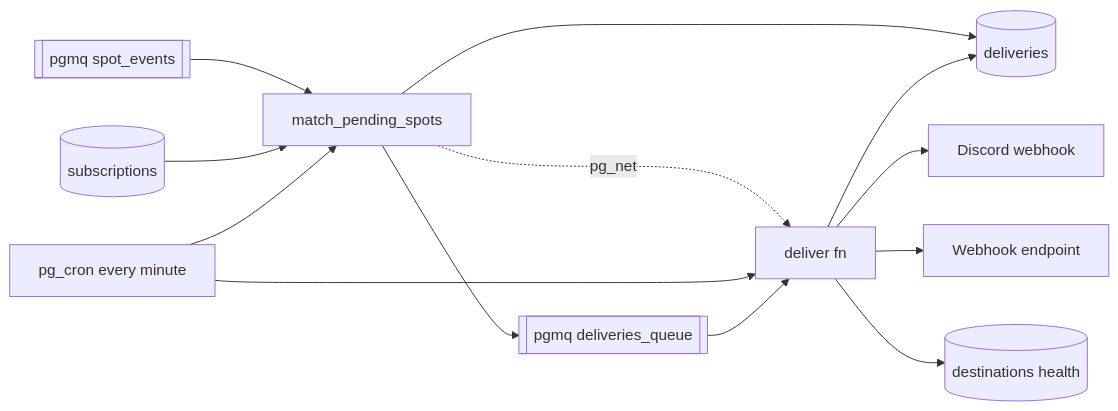
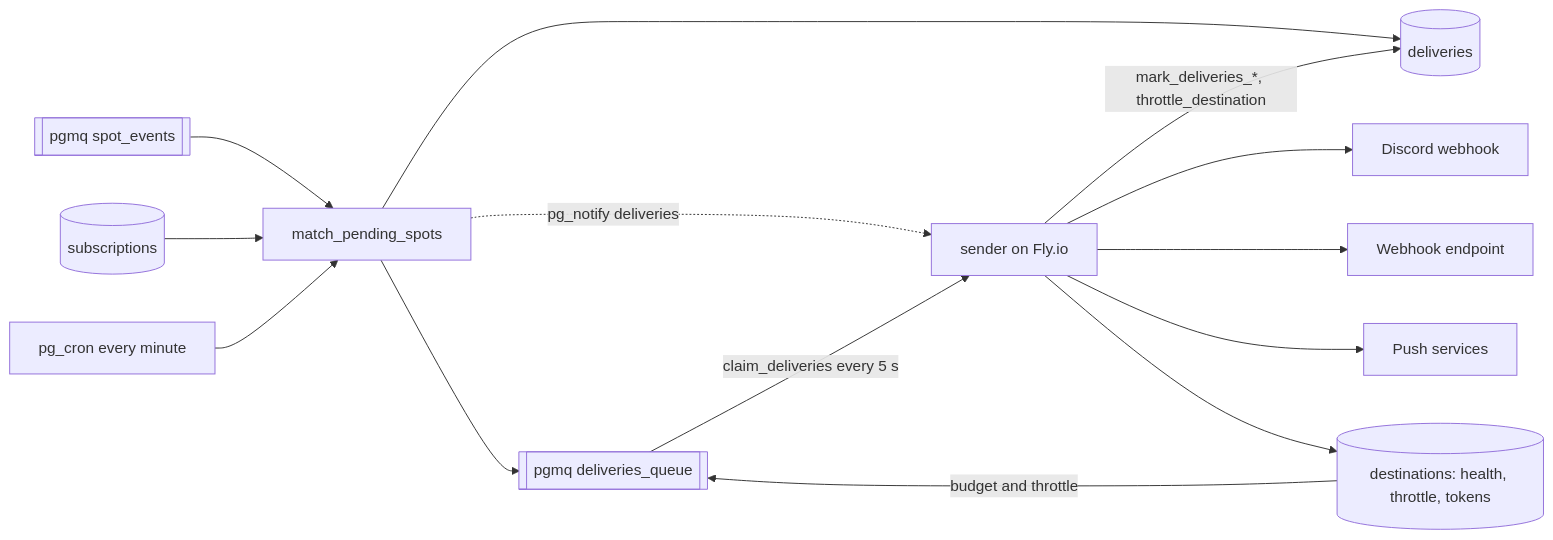
Before and after one commit to johnsonm/longlines: the third of 12 diagrams in docs/ARCHITECTURE.md, drawn with Mermaid. The commit also changed other lines of this file and 8 other files, not shown here.

First line of the commit message:
Sender cutover: unschedule deliver, notify instead of kick, docs (session 5)

````diff
--- a/docs/ARCHITECTURE.md
+++ b/docs/ARCHITECTURE.md
@@ -224,15 +224,16 @@
 ```mermaid
 flowchart LR
   SE[[pgmq spot_events]] --> M[match_pending_spots]
   SUBS[(subscriptions)] --> M
+  CRON[pg_cron every minute] --> M
   M --> DEL[(deliveries)]
   M --> DQ[[pgmq deliveries_queue]]
-  M -. pg_net .-> W[deliver fn]
-  CRON[pg_cron every minute] --> M
-  CRON --> W
-  DQ --> W
-  W --> DISC[Discord webhook]
-  W --> HOOK[Webhook endpoint]
-  W --> DEL
-  W --> DEST[(destinations health)]
+  M -. "pg_notify deliveries" .-> S
+  DQ -- "claim_deliveries every 5 s" --> S[sender on Fly.io]
+  DEST[(destinations: health, throttle, tokens)] -- "budget and throttle" --> DQ
+  S --> DISC[Discord webhook]
+  S --> HOOK[Webhook endpoint]
+  S --> PUSH[Push services]
+  S -- "mark_deliveries_*, throttle_destination" --> DEL
+  S --> DEST
 ```
````
